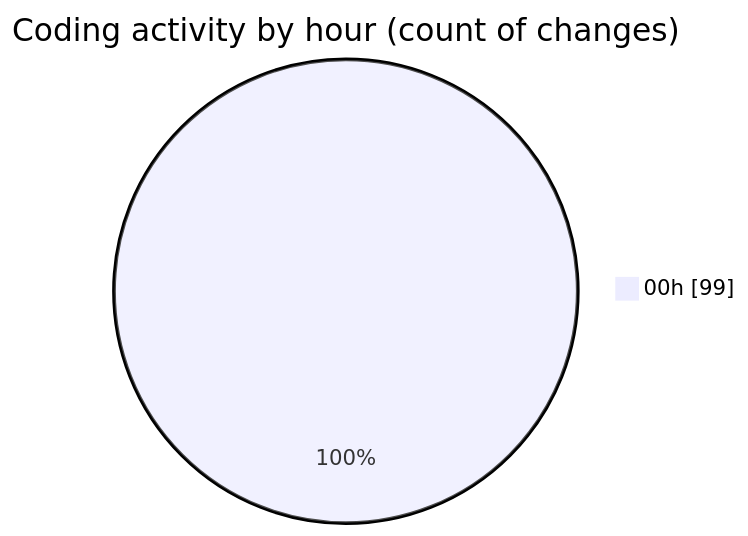
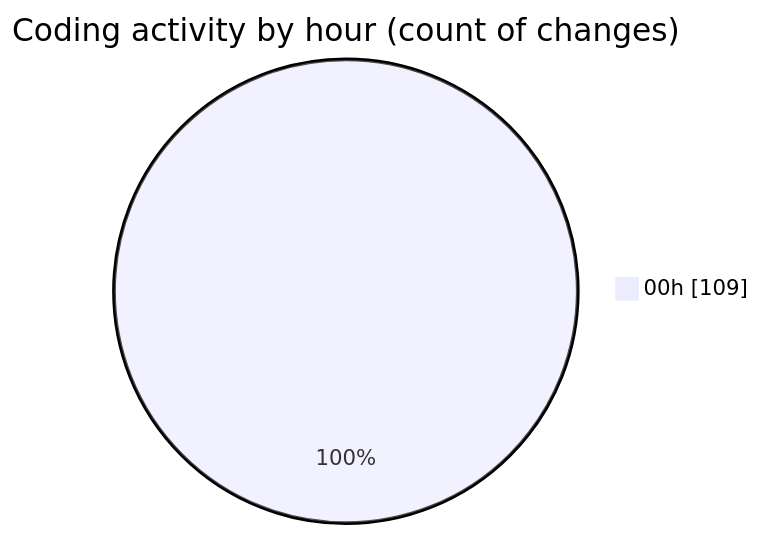
Before and after one commit to lephambinh05/code-tracking: the second of 2 diagrams in 2025-08-06/napxuvn/README.md, drawn with Mermaid. The commit also changed other lines of this file and 1 other file, not shown here.

````diff
--- a/2025-08-06/napxuvn/README.md
+++ b/2025-08-06/napxuvn/README.md
@@ -83,5 +92,5 @@
 ```mermaid
 pie showData
 title Coding activity by hour (count of changes)
-"00h" : 99
+"00h" : 109
 ```
````
